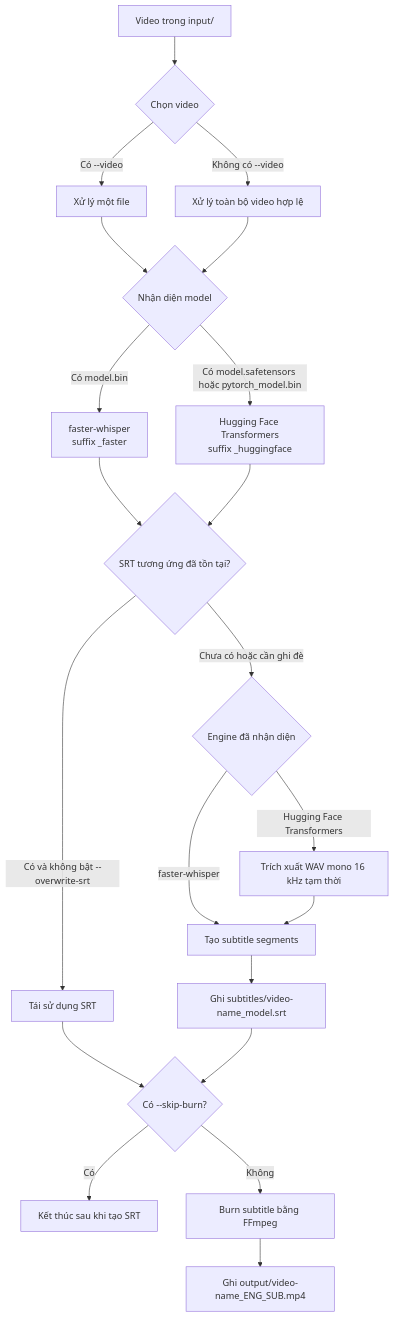
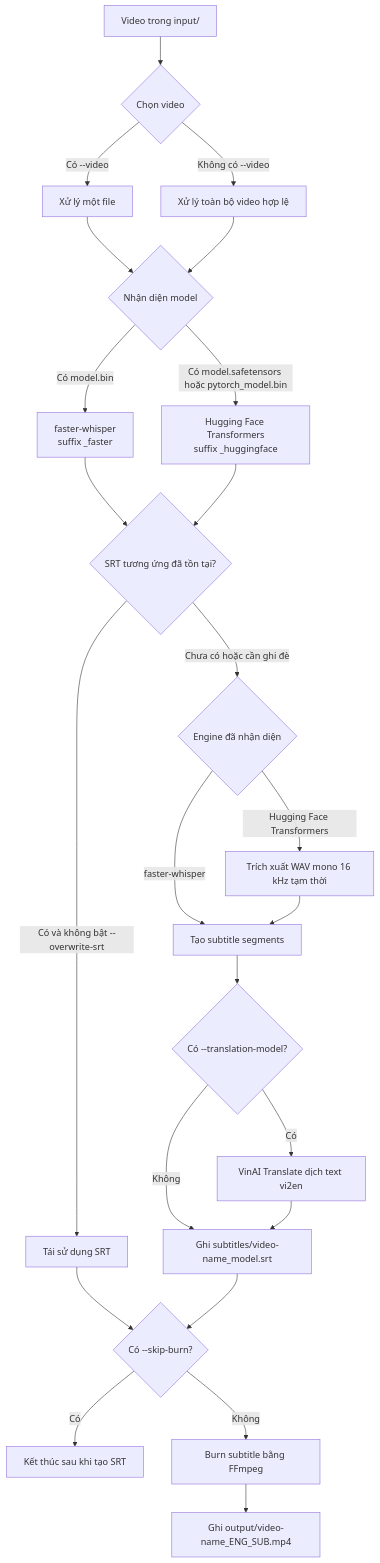
The first of 2 diagrams in README.md (EJH-TienHwng/transcript-video), drawn with Mermaid before and after one commit. The commit also changed other lines of this file and 5 other files, not shown here.

Commit message:
add VinAI translate model method, and test faster-whisper model with english video

````diff
--- a/README.md
+++ b/README.md
@@ -47,23 +48,26 @@
 ```mermaid
 flowchart TD
     A[Video trong input/] --> B{Chọn video}
     B -->|Có --video| C[Xử lý một file]
     B -->|Không có --video| D[Xử lý toàn bộ video hợp lệ]
     C --> F{Nhận diện model}
     D --> F
     F -->|Có model.bin| G[faster-whisper<br/>suffix _faster]
     F -->|Có model.safetensors hoặc pytorch_model.bin| H[Hugging Face Transformers<br/>suffix _huggingface]
     G --> E{SRT tương ứng đã tồn tại?}
     H --> E
     E -->|Có và không bật --overwrite-srt| K[Tái sử dụng SRT]
     E -->|Chưa có hoặc cần ghi đè| Q{Engine đã nhận diện}
     Q -->|faster-whisper| J[Tạo subtitle segments]
     Q -->|Hugging Face Transformers| I[Trích xuất WAV mono 16 kHz tạm thời]
     I --> J
-    J --> L[Ghi subtitles/video-name_model.srt]
+    J --> R{Có --translation-model?}
+    R -->|Có| S[VinAI Translate dịch text vi2en]
+    R -->|Không| L[Ghi subtitles/video-name_model.srt]
+    S --> L
     K --> M{Có --skip-burn?}
     L --> M
     M -->|Có| N[Kết thúc sau khi tạo SRT]
     M -->|Không| O[Burn subtitle bằng FFmpeg]
     O --> P[Ghi output/video-name_ENG_SUB.mp4]
 ```
````
